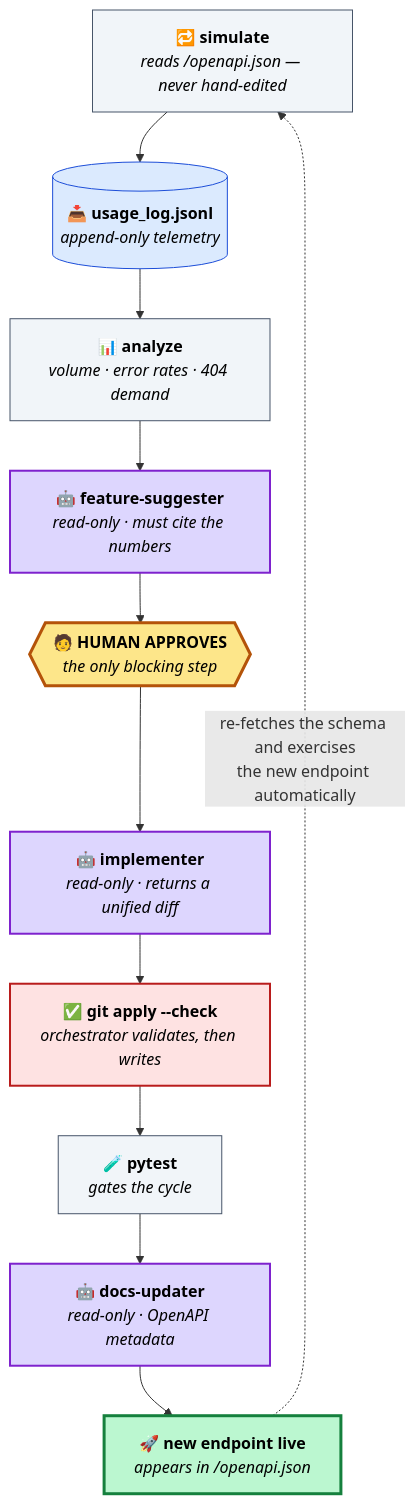
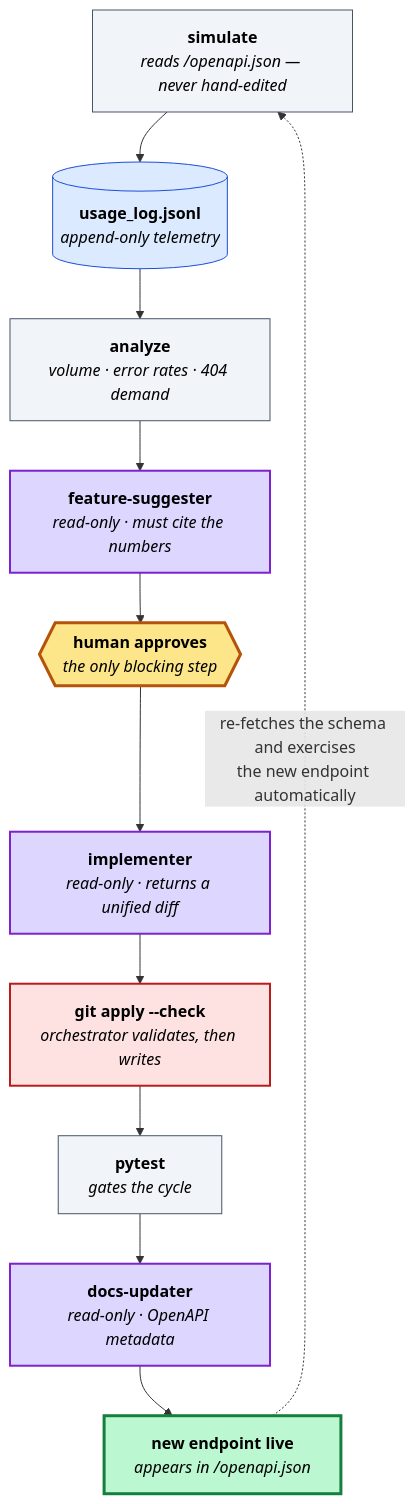
One commit to rsitaniya/dev-flywheel changed the diagram in README.md. Above: the diagram before and after it, drawn with Mermaid. The commit also changed other lines of this file and 3 other files, not shown here.

````diff
--- a/README.md
+++ b/README.md
@@ -27,27 +26,27 @@
 ```mermaid
 flowchart TD
-    SIM["🔁 <b>simulate</b><br/><i>reads /openapi.json — never hand-edited</i>"]
-    LOG[("📥 <b>usage_log.jsonl</b><br/><i>append-only telemetry</i>")]
-    AN["📊 <b>analyze</b><br/><i>volume · error rates · 404 demand</i>"]
-    SUG["🤖 <b>feature-suggester</b><br/><i>read-only · must cite the numbers</i>"]
-    HUM{{"🧑 <b>HUMAN APPROVES</b><br/><i>the only blocking step</i>"}}
-    IMP["🤖 <b>implementer</b><br/><i>read-only · returns a unified diff</i>"]
-    GA["✅ <b>git apply --check</b><br/><i>orchestrator validates, then writes</i>"]
-    TEST["🧪 <b>pytest</b><br/><i>gates the cycle</i>"]
-    DOC["🤖 <b>docs-updater</b><br/><i>read-only · OpenAPI metadata</i>"]
-    API["🚀 <b>new endpoint live</b><br/><i>appears in /openapi.json</i>"]
+    SIM["<b>simulate</b><br/><i>reads /openapi.json — never hand-edited</i>"]
+    LOG[("<b>usage_log.jsonl</b><br/><i>append-only telemetry</i>")]
+    AN["<b>analyze</b><br/><i>volume · error rates · 404 demand</i>"]
+    SUG["<b>feature-suggester</b><br/><i>read-only · must cite the numbers</i>"]
+    HUM{{"<b>human approves</b><br/><i>the only blocking step</i>"}}
+    IMP["<b>implementer</b><br/><i>read-only · returns a unified diff</i>"]
+    GA["<b>git apply --check</b><br/><i>orchestrator validates, then writes</i>"]
+    TEST["<b>pytest</b><br/><i>gates the cycle</i>"]
+    DOC["<b>docs-updater</b><br/><i>read-only · OpenAPI metadata</i>"]
+    API["<b>new endpoint live</b><br/><i>appears in /openapi.json</i>"]
 
     SIM --> LOG --> AN --> SUG --> HUM --> IMP --> GA --> TEST --> DOC --> API
     API -.->|"re-fetches the schema and exercises<br/>the new endpoint automatically"| SIM
 
     style SIM fill:#f1f5f9,stroke:#475569,color:#000
     style AN fill:#f1f5f9,stroke:#475569,color:#000
     style TEST fill:#f1f5f9,stroke:#475569,color:#000
     style LOG fill:#dbeafe,stroke:#1d4ed8,color:#000
     style SUG fill:#ddd6fe,stroke:#7e22ce,stroke-width:2px,color:#000
     style IMP fill:#ddd6fe,stroke:#7e22ce,stroke-width:2px,color:#000
     style DOC fill:#ddd6fe,stroke:#7e22ce,stroke-width:2px,color:#000
     style GA fill:#fee2e2,stroke:#b91c1c,stroke-width:2px,color:#000
     style HUM fill:#fde68a,stroke:#b45309,stroke-width:3px,color:#000
     style API fill:#bbf7d0,stroke:#15803d,stroke-width:3px,color:#000
 ```
````
